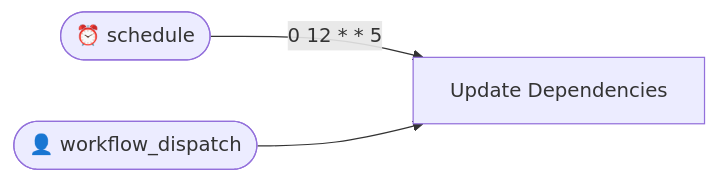
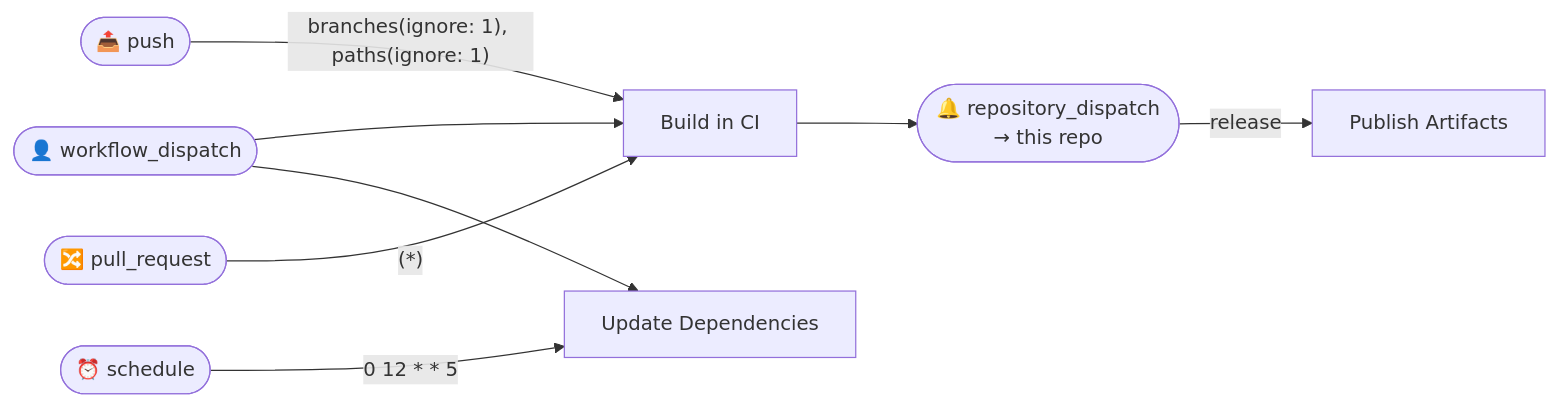
The diagram in .github/typeflows/README.md (http4k/standards), drawn with Mermaid before and after one commit. The commit also changed other lines of this file and 10 other files, not shown here.

````diff
--- a/.github/typeflows/README.md
+++ b/.github/typeflows/README.md
@@ -3,8 +3,18 @@
 ```mermaid
 flowchart LR
+    workflowdispatch(["👤 workflow_dispatch"])
+    push(["📤 push"])
+    pullrequest(["🔀 pull_request"])
     schedule(["⏰ schedule"])
-    workflowdispatch(["👤 workflow_dispatch"])
+    repositorydispatchgithubrepository(["🔔 repository_dispatch<br/>→ this repo"])
+    buildyml["Build in CI"]
+    uploadreleaseyml["Publish Artifacts"]
     updatedependenciesyml["Update Dependencies"]
+    workflowdispatch --> buildyml
+    workflowdispatch --> updatedependenciesyml
+    push -->|"branches(ignore: 1), paths(ignore: 1)"|buildyml
+    pullrequest -->|"(*)"|buildyml
     schedule -->|"0 12 * * 5"|updatedependenciesyml
-    workflowdispatch --> updatedependenciesyml
+    buildyml --> repositorydispatchgithubrepository
+    repositorydispatchgithubrepository -->|"release"|uploadreleaseyml
 ```
````
